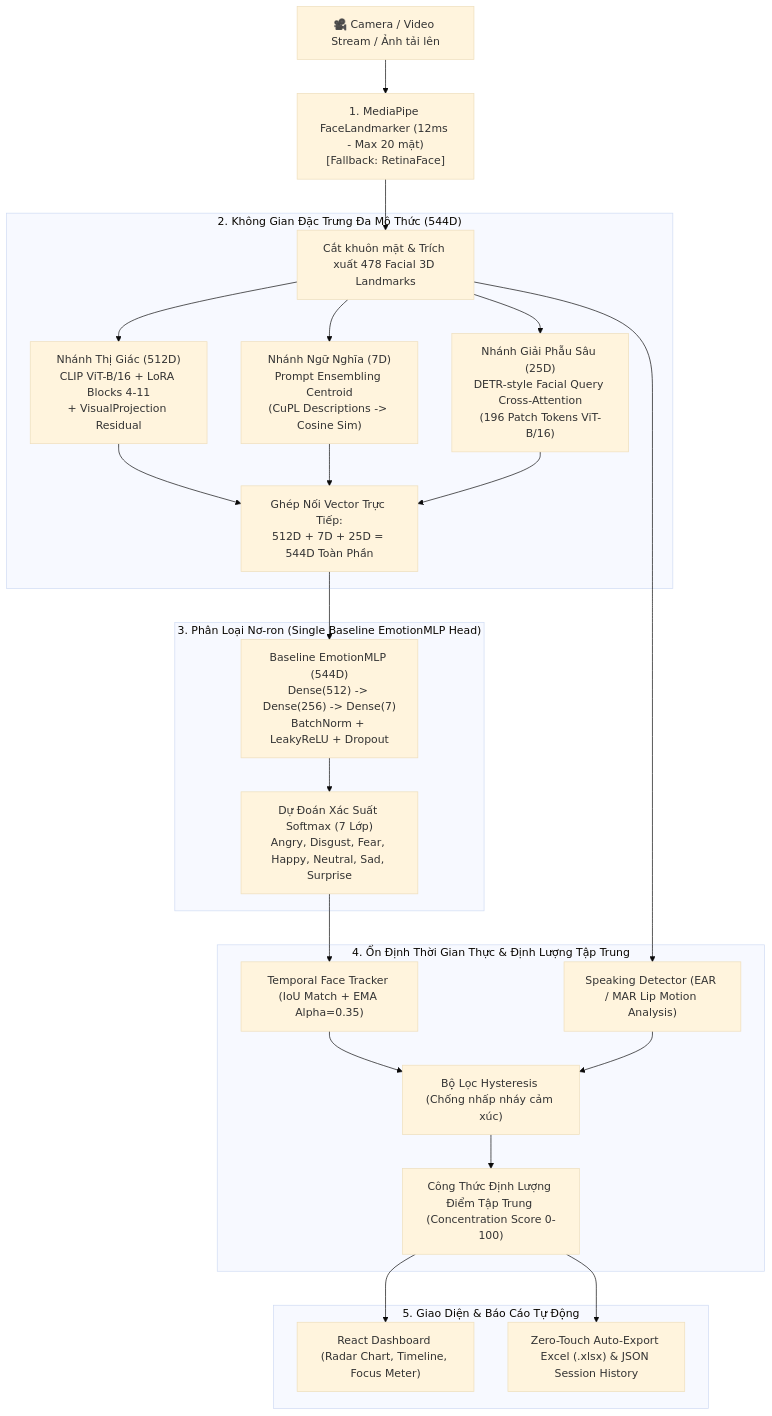
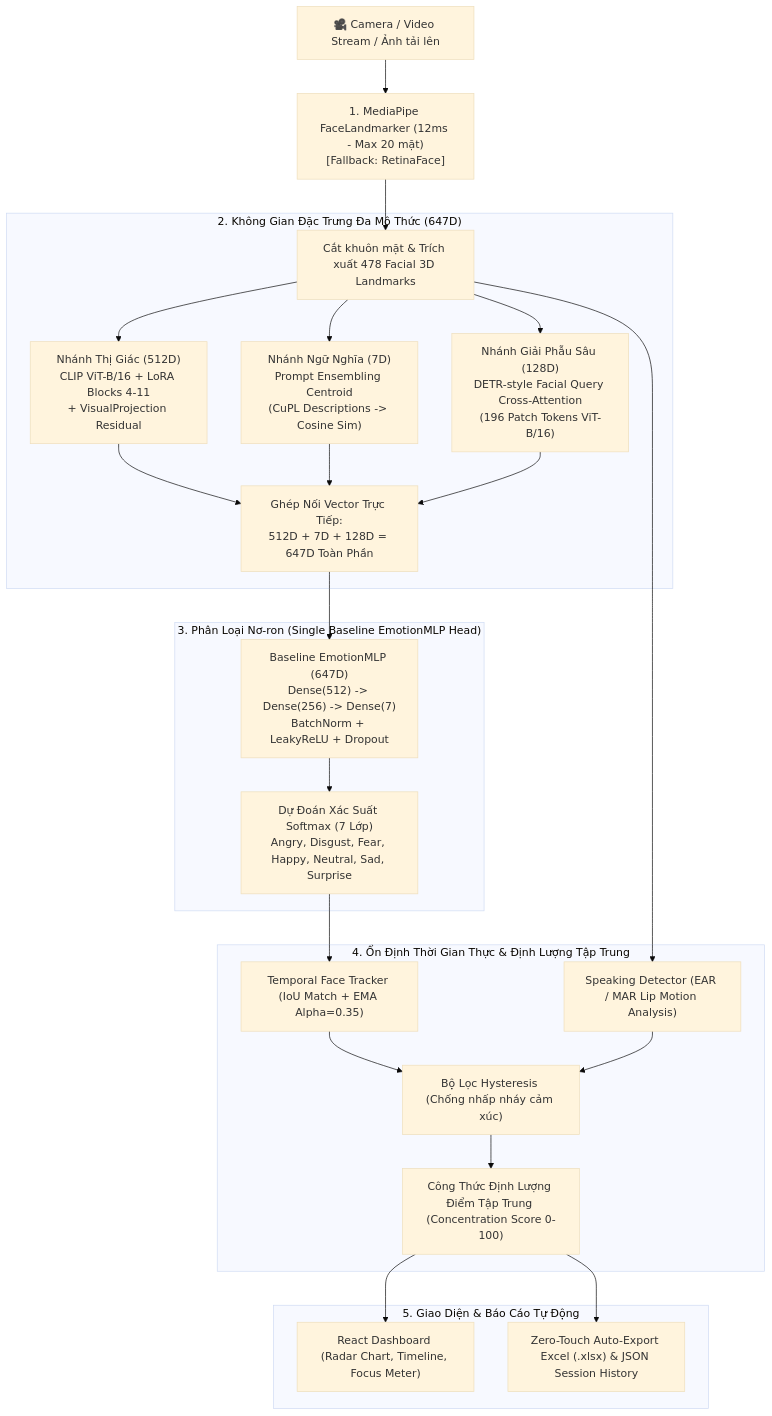
Before and after one commit to DungLe2005/Emotion_Concentration-: the diagram in README.md, drawn with Mermaid (base theme). The commit also changed other lines of this file and 31 other files, not shown here.

Commit message:
expand output facial cross attention

````diff
--- a/README.md
+++ b/README.md
@@ -56,32 +56,32 @@
 ```mermaid
 flowchart TD
     A["🎥 Camera / Video Stream / Ảnh tải lên"] --> B["1. MediaPipe FaceLandmarker (12ms - Max 20 mặt)\n[Fallback: RetinaFace]"]
     B --> C["Cắt khuôn mặt & Trích xuất 478 Facial 3D Landmarks"]
     
-    subgraph S1["2. Không Gian Đặc Trưng Đa Mô Thức (544D)"]
+    subgraph S1["2. Không Gian Đặc Trưng Đa Mô Thức (647D)"]
         C --> D1["Nhánh Thị Giác (512D)\nCLIP ViT-B/16 + LoRA Blocks 4-11\n+ VisualProjection Residual"]
         C --> D2["Nhánh Ngữ Nghĩa (7D)\nPrompt Ensembling Centroid\n(CuPL Descriptions -> Cosine Sim)"]
-        C --> D3["Nhánh Giải Phẫu Sâu (25D)\nDETR-style Facial Query Cross-Attention\n(196 Patch Tokens ViT-B/16)"]
-        D1 --> E["Ghép Nối Vector Trực Tiếp:\n512D + 7D + 25D = 544D Toàn Phần"]
+        C --> D3["Nhánh Giải Phẫu Sâu (128D)\nDETR-style Facial Query Cross-Attention\n(196 Patch Tokens ViT-B/16)"]
+        D1 --> E["Ghép Nối Vector Trực Tiếp:\n512D + 7D + 128D = 647D Toàn Phần"]
         D2 --> E
         D3 --> E
     end
 
     subgraph S2["3. Phân Loại Nơ-ron (Single Baseline EmotionMLP Head)"]
-        E --> F["Baseline EmotionMLP (544D)\nDense(512) -> Dense(256) -> Dense(7)\nBatchNorm + LeakyReLU + Dropout"]
+        E --> F["Baseline EmotionMLP (647D)\nDense(512) -> Dense(256) -> Dense(7)\nBatchNorm + LeakyReLU + Dropout"]
         F --> G["Dự Đoán Xác Suất Softmax (7 Lớp)\nAngry, Disgust, Fear, Happy, Neutral, Sad, Surprise"]
     end
 
     subgraph S3["4. Ổn Định Thời Gian Thực & Định Lượng Tập Trung"]
         G --> H1["Temporal Face Tracker (IoU Match + EMA Alpha=0.35)"]
         C --> H2["Speaking Detector (EAR / MAR Lip Motion Analysis)"]
         H1 --> I["Bộ Lọc Hysteresis (Chống nhấp nháy cảm xúc)"]
         H2 --> I
         I --> J["Công Thức Định Lượng Điểm Tập Trung (Concentration Score 0-100)"]
     end
 
     subgraph S4["5. Giao Diện & Báo Cáo Tự Động"]
         J --> K1["React Dashboard (Radar Chart, Timeline, Focus Meter)"]
         J --> K2["Zero-Touch Auto-Export Excel (.xlsx) & JSON Session History"]
     end
 ```
````
